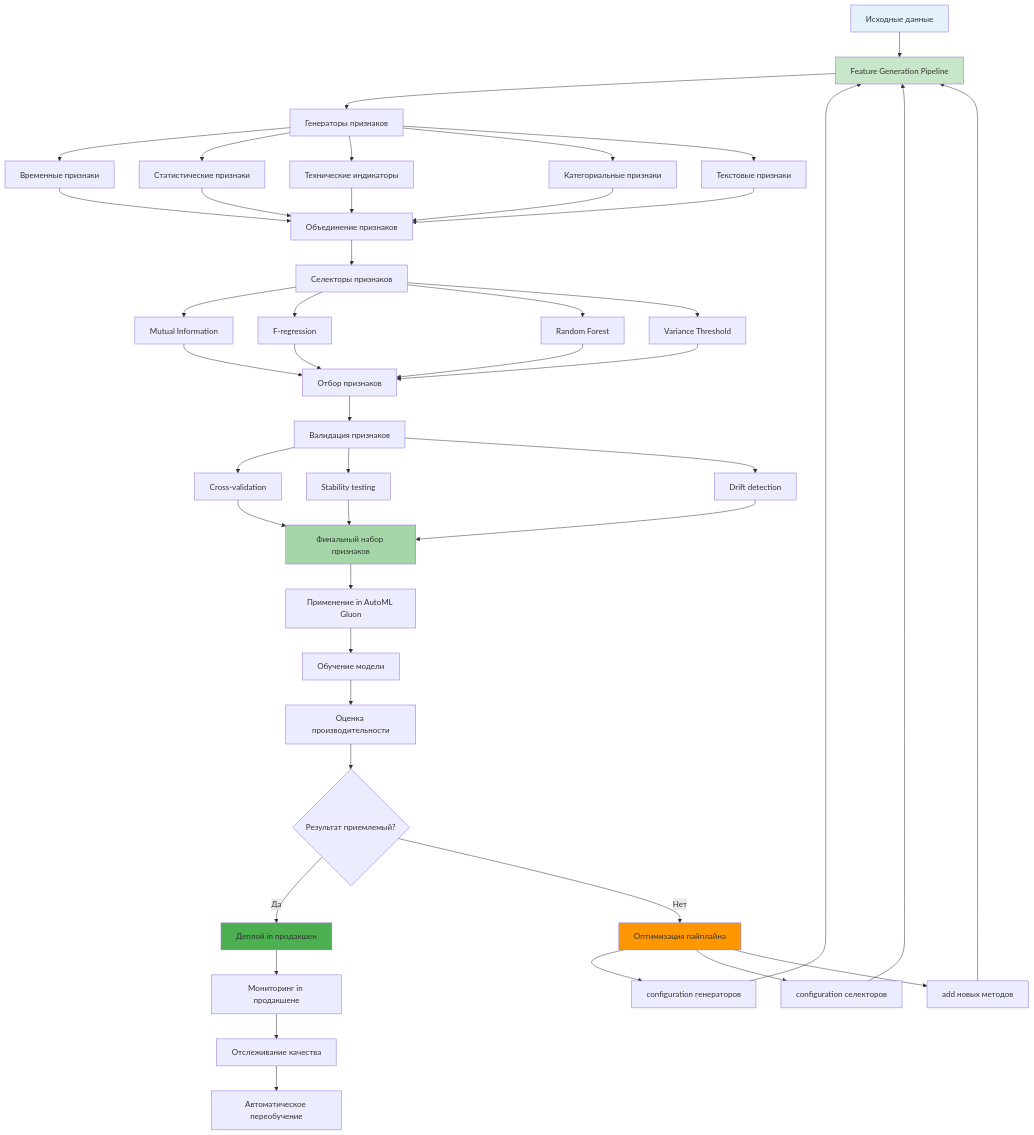
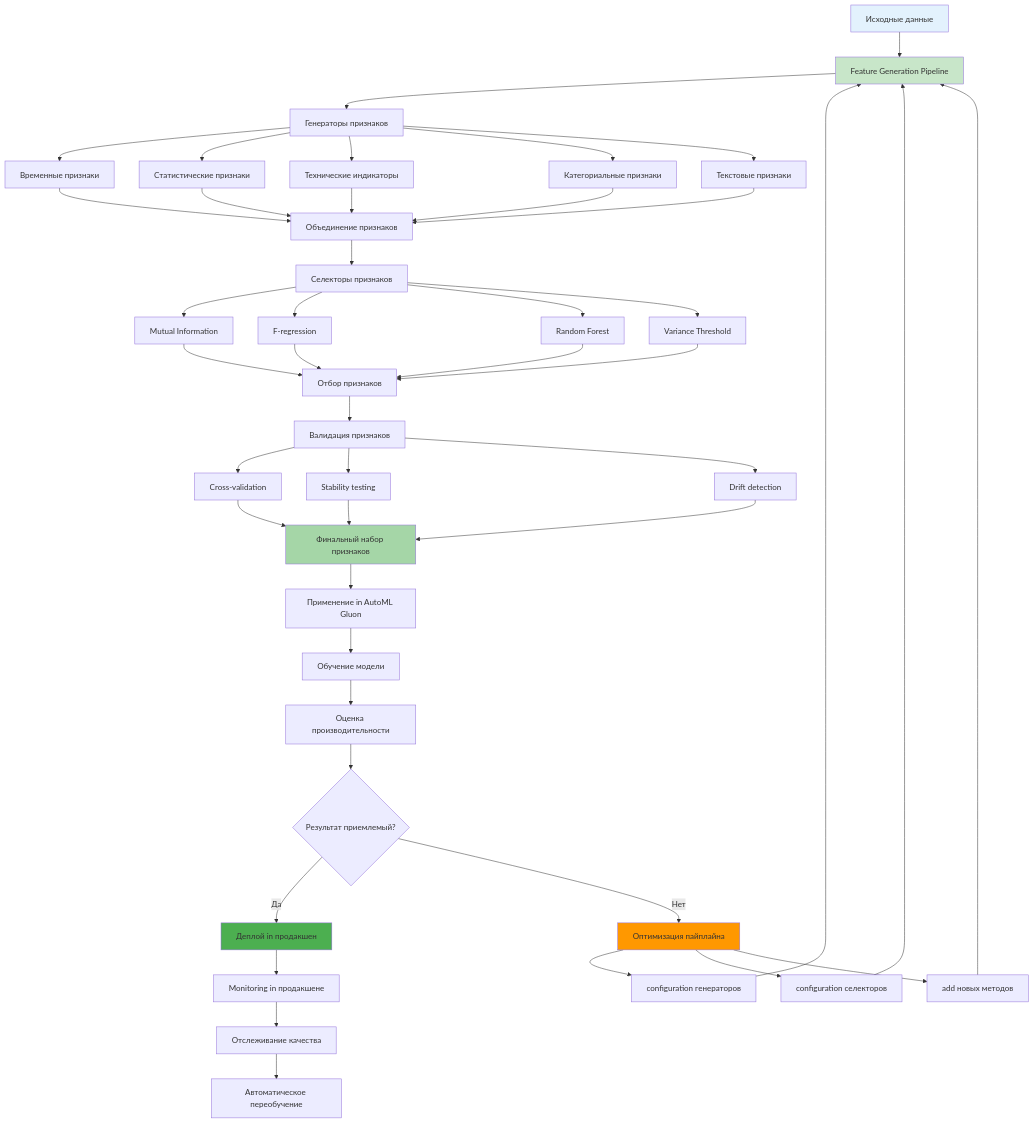
One commit to NeoZorK/neozork-hld-prediction changed the ninth of 9 diagrams in docs/automl/gluon/28_feature_generation_advanced.md. Above: the diagram before and after it, drawn with Mermaid. The commit also changed other lines of this file and 102 other files, not shown here.

````diff
--- a/docs/automl/gluon/28_feature_generation_advanced.md
+++ b/docs/automl/gluon/28_feature_generation_advanced.md
@@ -2054,63 +2054,63 @@
 ```mermaid
 graph TD
  A[Исходные данные] --> B[Feature Generation Pipeline]
 
  B --> C[Генераторы признаков]
  C --> D[Временные признаки]
  C --> E[Статистические признаки]
  C --> F[Технические индикаторы]
  C --> G[Категориальные признаки]
  C --> H[Текстовые признаки]
 
  D --> I[Объединение признаков]
  E --> I
  F --> I
  G --> I
  H --> I
 
  I --> J[Селекторы признаков]
  J --> K[Mutual Information]
  J --> L[F-regression]
  J --> M[Random Forest]
  J --> N[Variance Threshold]
 
  K --> O[Отбор признаков]
  L --> O
  M --> O
  N --> O
 
  O --> P[Валидация признаков]
  P --> Q[Cross-validation]
  P --> R[Stability testing]
  P --> S[Drift detection]
 
  Q --> T[Финальный набор признаков]
  R --> T
  S --> T
 
  T --> U[Применение in AutoML Gluon]
  U --> V[Обучение модели]
  V --> W[Оценка производительности]
 
  W --> X{Результат приемлемый?}
  X -->|Да| Y[Деплой in продакшен]
  X -->|Нет| Z[Оптимизация пайплайна]
 
  Z --> AA[configuration генераторов]
  Z --> BB[configuration селекторов]
  Z --> CC[add новых методов]
 
  AA --> B
  BB --> B
  CC --> B
 
- Y --> DD[Мониторинг in продакшене]
+ Y --> DD[Monitoring in продакшене]
  DD --> EE[Отслеживание качества]
  EE --> FF[Автоматическое переобучение]
 
  style A fill:#e3f2fd
  style B fill:#c8e6c9
  style T fill:#a5d6a7
  style Y fill:#4caf50
  style Z fill:#ff9800
 ```
````
